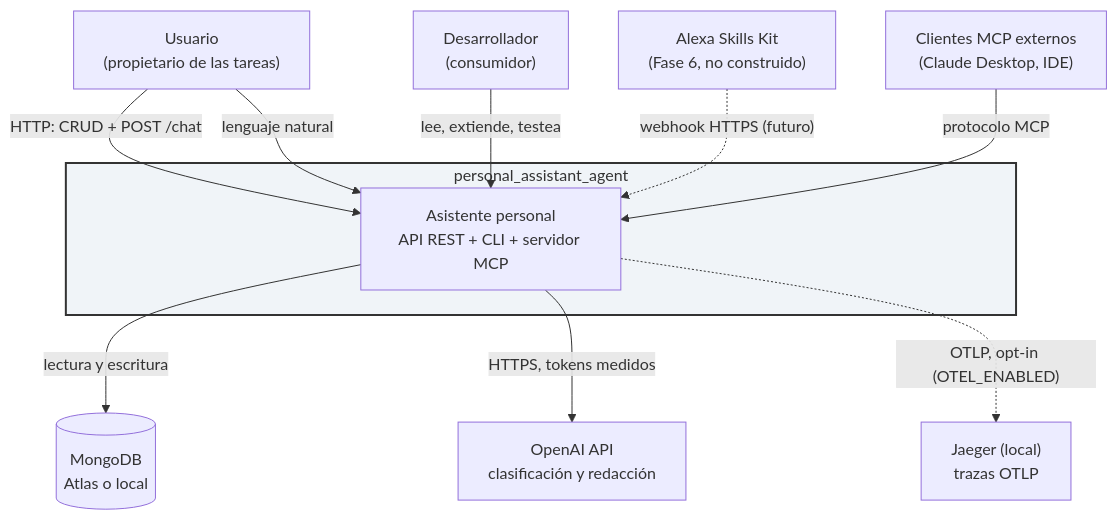
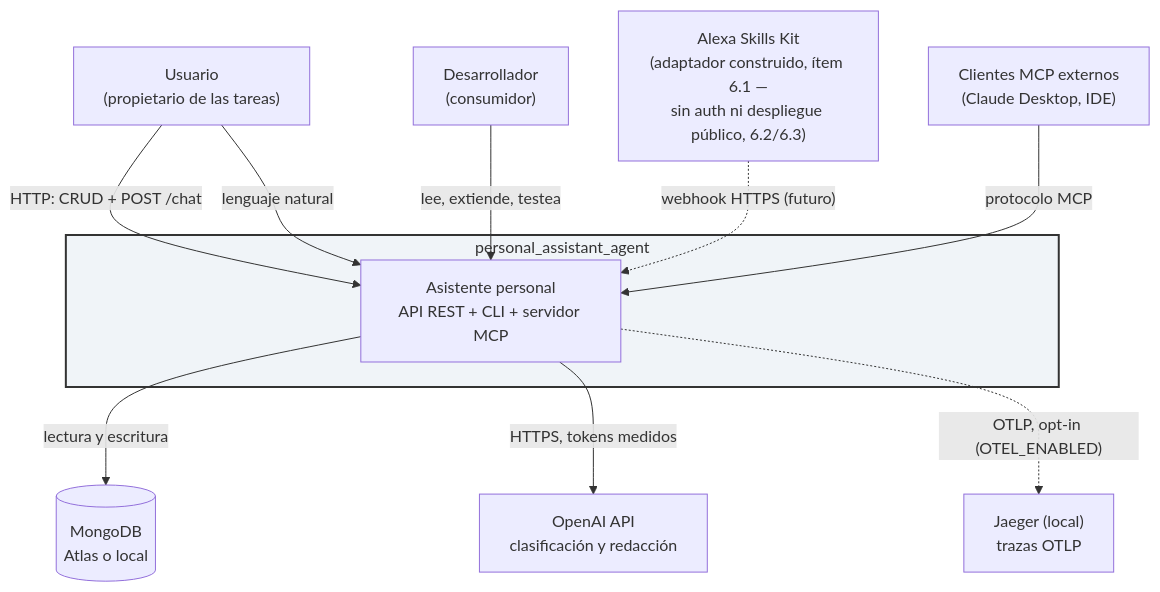
The first of 5 diagrams in docs/arquitectura_solucion.md (AlexisBerrio/personal_assistant_agent), drawn with Mermaid before and after one commit. The commit also changed other lines of this file and 5 other files, not shown here.

Commit message:
feat(alexa): add the Alexa Skills Kit adapter

````diff
--- a/docs/arquitectura_solucion.md
+++ b/docs/arquitectura_solucion.md
@@ -75,27 +75,27 @@
 ```mermaid
 graph TB
     U["Usuario<br/>(propietario de las tareas)"]
     DEV["Desarrollador<br/>(consumidor)"]
 
     subgraph SYS["personal_assistant_agent"]
         CORE["Asistente personal<br/>API REST + CLI + servidor MCP"]
     end
 
     MDB[("MongoDB<br/>Atlas o local")]
     OAI["OpenAI API<br/>clasificación y redacción"]
-    ALX["Alexa Skills Kit<br/>(Fase 6, no construido)"]
+    ALX["Alexa Skills Kit<br/>(adaptador construido, ítem 6.1 —<br/>sin auth ni despliegue público, 6.2/6.3)"]
     MCPC["Clientes MCP externos<br/>(Claude Desktop, IDE)"]
     OBSB["Jaeger (local)<br/>trazas OTLP"]
 
     U -->|"HTTP: CRUD + POST /chat"| CORE
     U -->|"lenguaje natural"| CORE
     DEV -->|"lee, extiende, testea"| CORE
     ALX -.->|"webhook HTTPS (futuro)"| CORE
     MCPC -->|"protocolo MCP"| CORE
 
     CORE -->|"lectura y escritura"| MDB
     CORE -->|"HTTPS, tokens medidos"| OAI
     CORE -.->|"OTLP, opt-in (OTEL_ENABLED)"| OBSB
 
     style SYS fill:#f0f4f8,stroke:#333,stroke-width:2px
 ```
````
